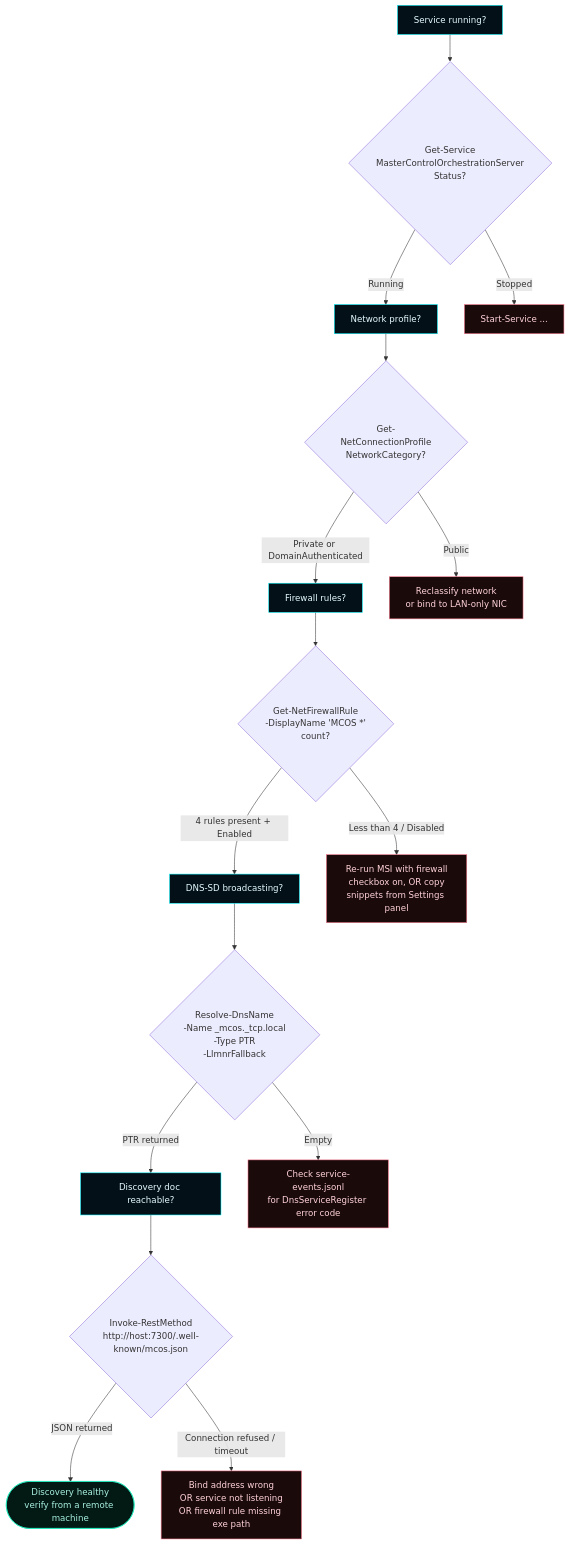
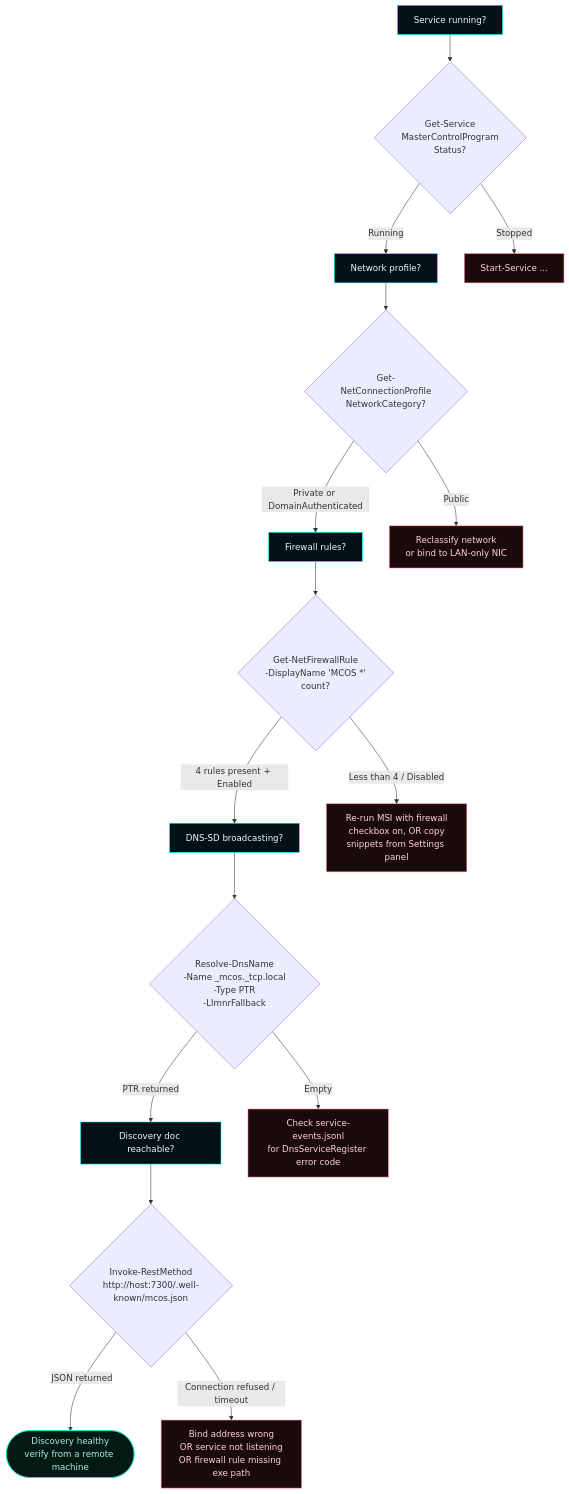
The eighth of 8 diagrams in docs/wiki/Troubleshooting.md (flynn33/Master-Control-Orchestration-Server), drawn with Mermaid before and after one commit. The commit also changed other lines of this file and 16 other files, not shown here.

````diff
--- a/docs/wiki/Troubleshooting.md
+++ b/docs/wiki/Troubleshooting.md
@@ -471,26 +471,26 @@
 ```mermaid
 flowchart TB
     classDef step fill:#031018,stroke:#00F6FF,color:#E6FCFF;
     classDef good fill:#031a14,stroke:#1cf2c1,color:#a8efe0;
     classDef bad fill:#1a0a0a,stroke:#ff7a90,color:#ffd2d8;
 
-    A[Service running?]:::step --> A1{Get-Service<br/>MasterControlOrchestrationServer<br/>Status?}
+    A[Service running?]:::step --> A1{Get-Service<br/>MasterControlProgram<br/>Status?}
     A1 -->|Running| B[Network profile?]:::step
     A1 -->|Stopped| Aerr[Start-Service ...]:::bad
 
     B --> B1{Get-NetConnectionProfile<br/>NetworkCategory?}
     B1 -->|Private or DomainAuthenticated| C[Firewall rules?]:::step
     B1 -->|Public| Berr[Reclassify network<br/>or bind to LAN-only NIC]:::bad
 
     C --> C1{Get-NetFirewallRule<br/>-DisplayName 'MCOS *'<br/>count?}
     C1 -->|4 rules present + Enabled| D[DNS-SD broadcasting?]:::step
     C1 -->|Less than 4 / Disabled| Cerr[Re-run MSI with firewall<br/>checkbox on, OR copy<br/>snippets from Settings panel]:::bad
 
     D --> D1{Resolve-DnsName<br/>-Name _mcos._tcp.local<br/>-Type PTR<br/>-LlmnrFallback}
     D1 -->|PTR returned| E[Discovery doc reachable?]:::step
     D1 -->|Empty| Derr[Check service-events.jsonl<br/>for DnsServiceRegister error code]:::bad
 
     E --> E1{Invoke-RestMethod<br/>http://host:7300/.well-known/mcos.json}
     E1 -->|JSON returned| Done([Discovery healthy<br/>verify from a remote machine]):::good
     E1 -->|Connection refused / timeout| Eerr[Bind address wrong<br/>OR service not listening<br/>OR firewall rule missing exe path]:::bad
 ```
````
